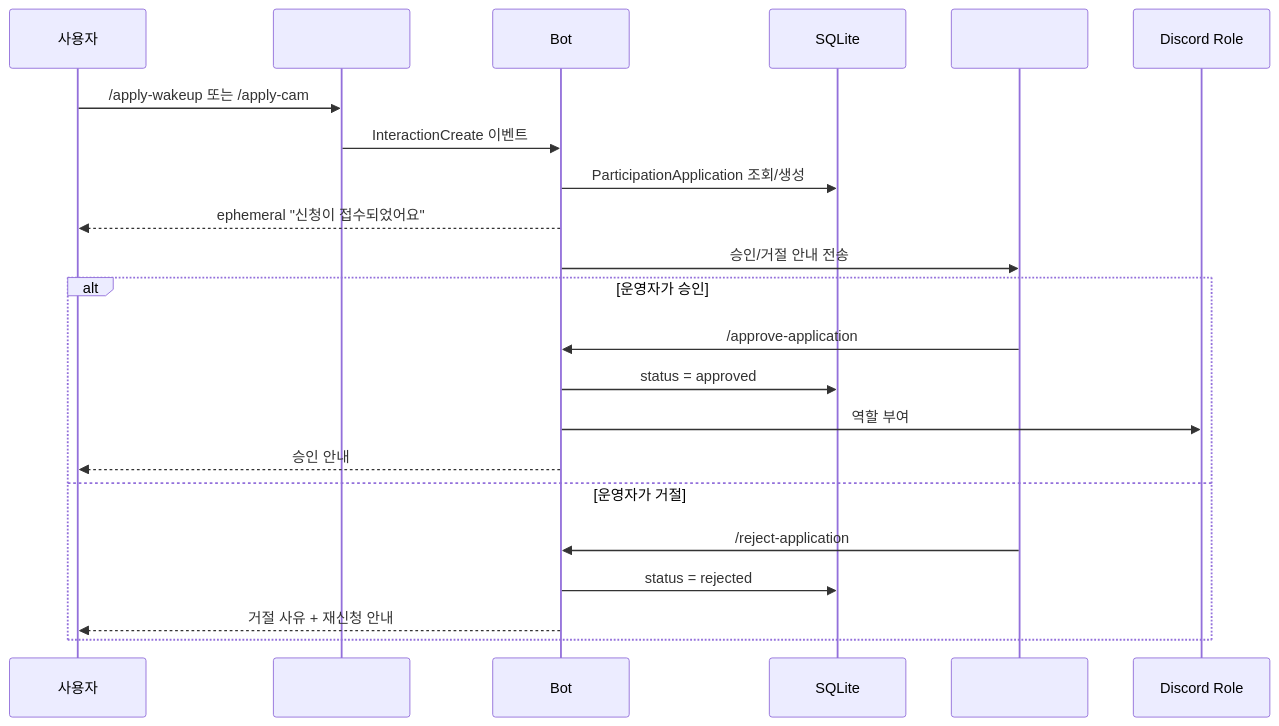
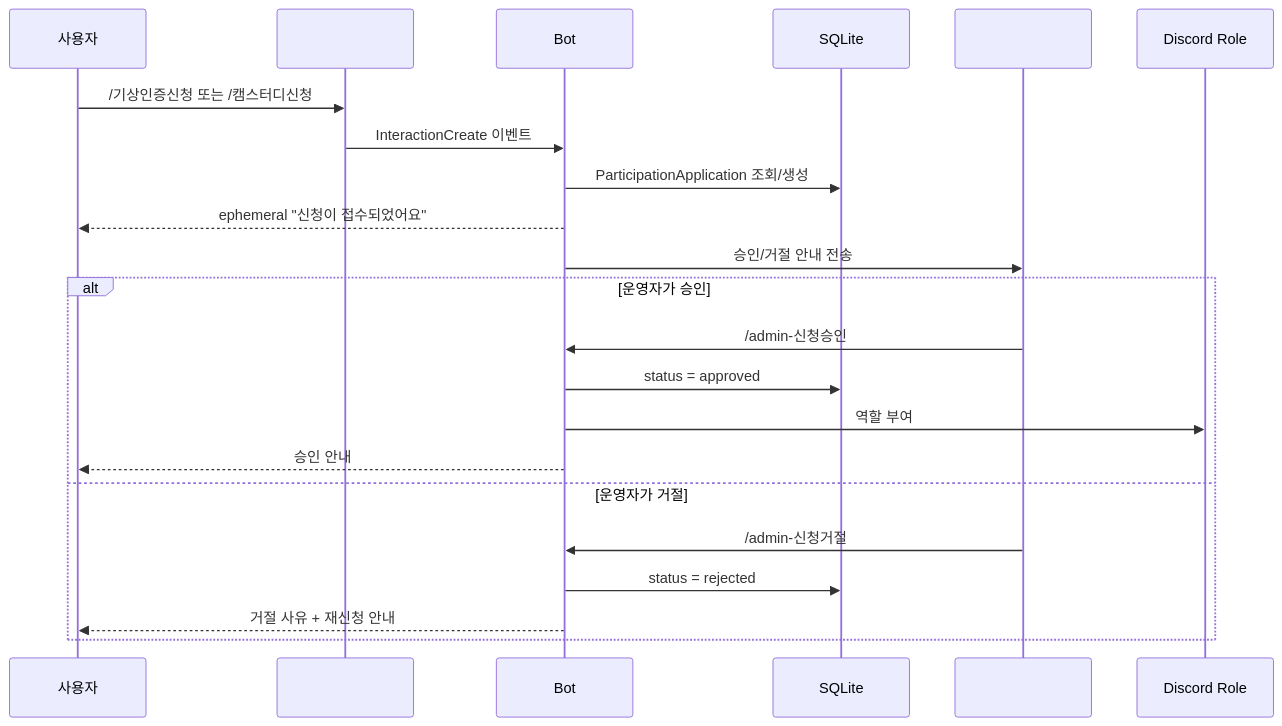
The second of 16 diagrams in docs/USER_STORIES.md (honki12345/haruharu-discord-bot), drawn with Mermaid before and after one commit. The commit also changed other lines of this file and 9 other files, not shown here.

````diff
--- a/docs/USER_STORIES.md
+++ b/docs/USER_STORIES.md
@@ -53,26 +53,26 @@
 ```mermaid
 sequenceDiagram
     participant U as 사용자
     participant A as #apply
     participant B as Bot
     participant DB as SQLite
     participant O as #ops
     participant D as Discord Role
 
-    U->>A: /apply-wakeup 또는 /apply-cam
+    U->>A: /기상인증신청 또는 /캠스터디신청
     A->>B: InteractionCreate 이벤트
     B->>DB: ParticipationApplication 조회/생성
     B-->>U: ephemeral "신청이 접수되었어요"
     B->>O: 승인/거절 안내 전송
 
     alt 운영자가 승인
-        O->>B: /approve-application
+        O->>B: /admin-신청승인
         B->>DB: status = approved
         B->>D: 역할 부여
         B-->>U: 승인 안내
     else 운영자가 거절
-        O->>B: /reject-application
+        O->>B: /admin-신청거절
         B->>DB: status = rejected
         B-->>U: 거절 사유 + 재신청 안내
     end
 ```
````
